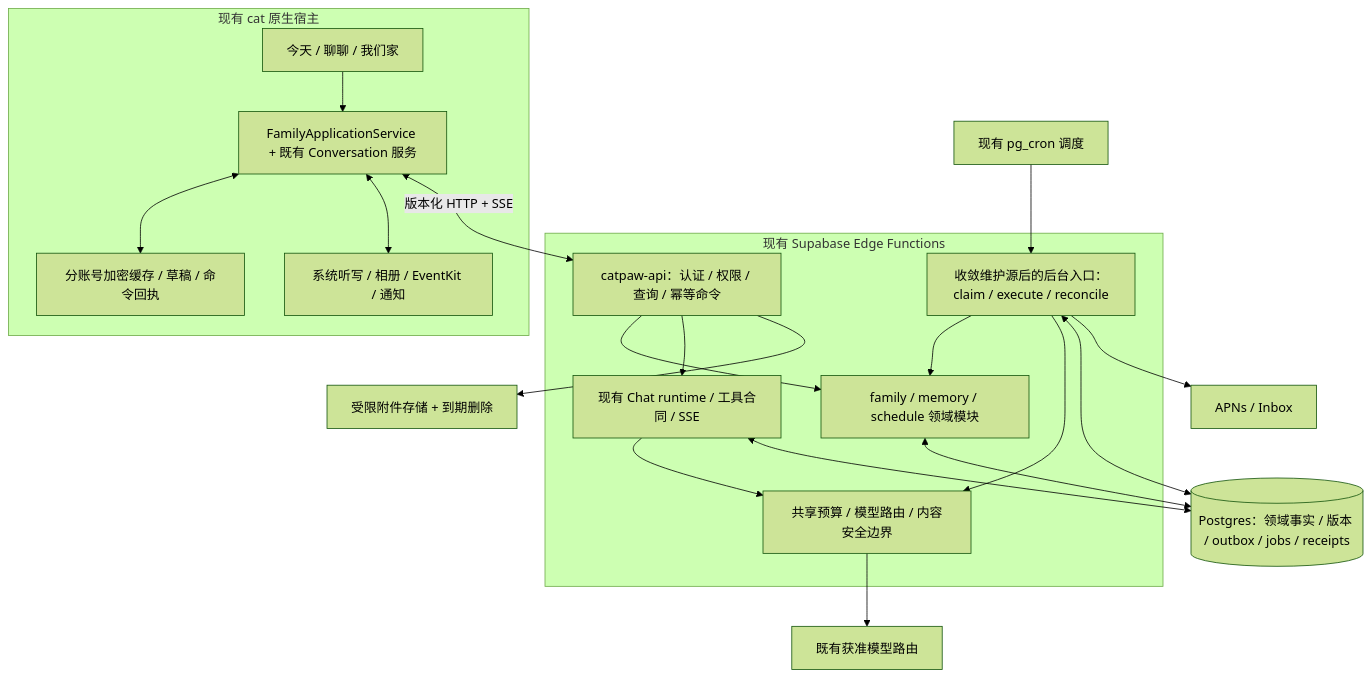
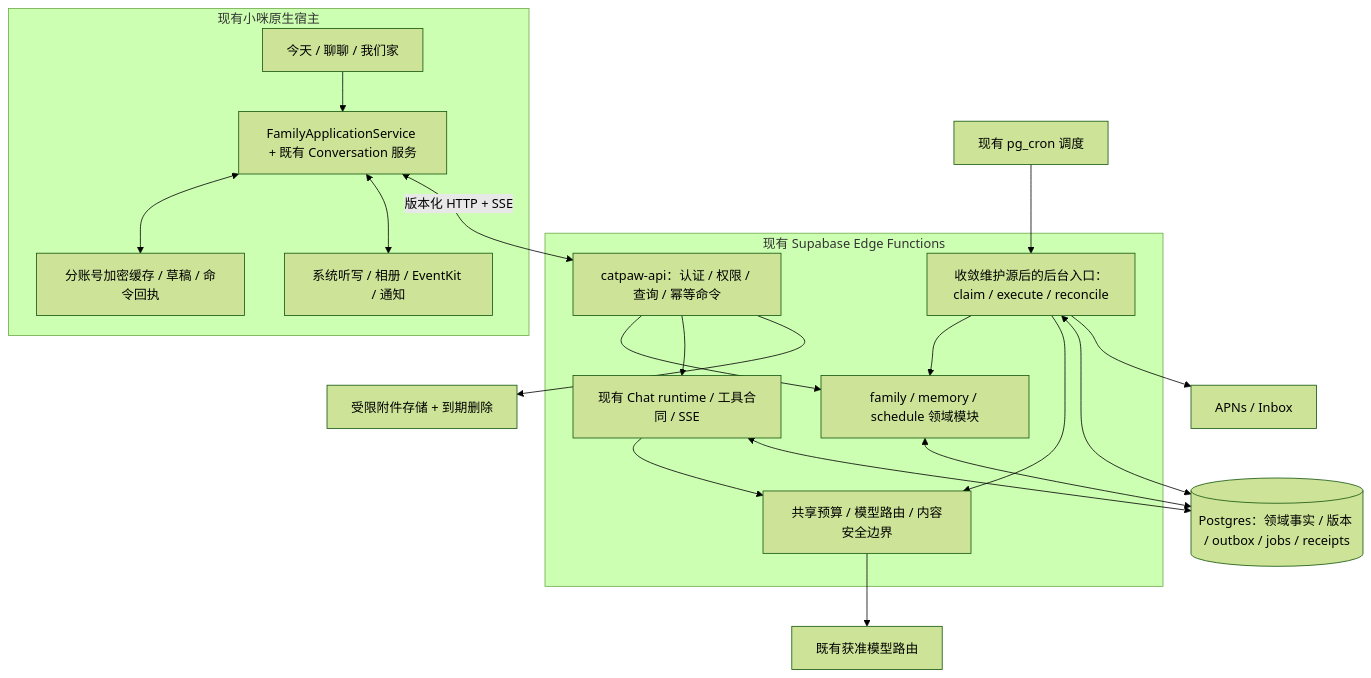
Before and after one commit to Yankj/cat-m: the diagram in docs/architecture/family-companion-technical-plan.md, drawn with Mermaid (forest theme). The commit also changed other lines of this file and 81 other files, not shown here.

````diff
--- a/docs/architecture/family-companion-technical-plan.md
+++ b/docs/architecture/family-companion-technical-plan.md
@@ -69,37 +69,37 @@
 ```mermaid
 flowchart TB
-  subgraph IOS[现有 cat 原生宿主]
+  subgraph IOS[现有小咪原生宿主]
     UI[今天 / 聊聊 / 我们家]
     AS[FamilyApplicationService + 既有 Conversation 服务]
     LC[分账号加密缓存 / 草稿 / 命令回执]
     DEV[系统听写 / 相册 / EventKit / 通知]
     UI --> AS
     AS <--> LC
     AS <--> DEV
   end
   subgraph EDGE[现有 Supabase Edge Functions]
     API[catpaw-api：认证 / 权限 / 查询 / 幂等命令]
     DOMAIN[family / memory / schedule 领域模块]
     CHAT[现有 Chat runtime / 工具合同 / SSE]
     WORK[收敛维护源后的后台入口：claim / execute / reconcile]
     GATE[共享预算 / 模型路由 / 内容安全边界]
     API --> DOMAIN
     API --> CHAT
     WORK --> DOMAIN
     CHAT --> GATE
     WORK --> GATE
   end
   PG[(Postgres：领域事实 / 版本 / outbox / jobs / receipts)]
   SCHED[现有 pg_cron 调度]
   STORE[受限附件存储 + 到期删除]
   MODEL[既有获准模型路由]
   PUSH[APNs / Inbox]
   AS <-->|版本化 HTTP + SSE| API
   DOMAIN <--> PG
   CHAT <--> PG
   WORK <--> PG
   SCHED --> WORK
   GATE --> MODEL
   WORK --> PUSH
   API --> STORE
 ```
````
